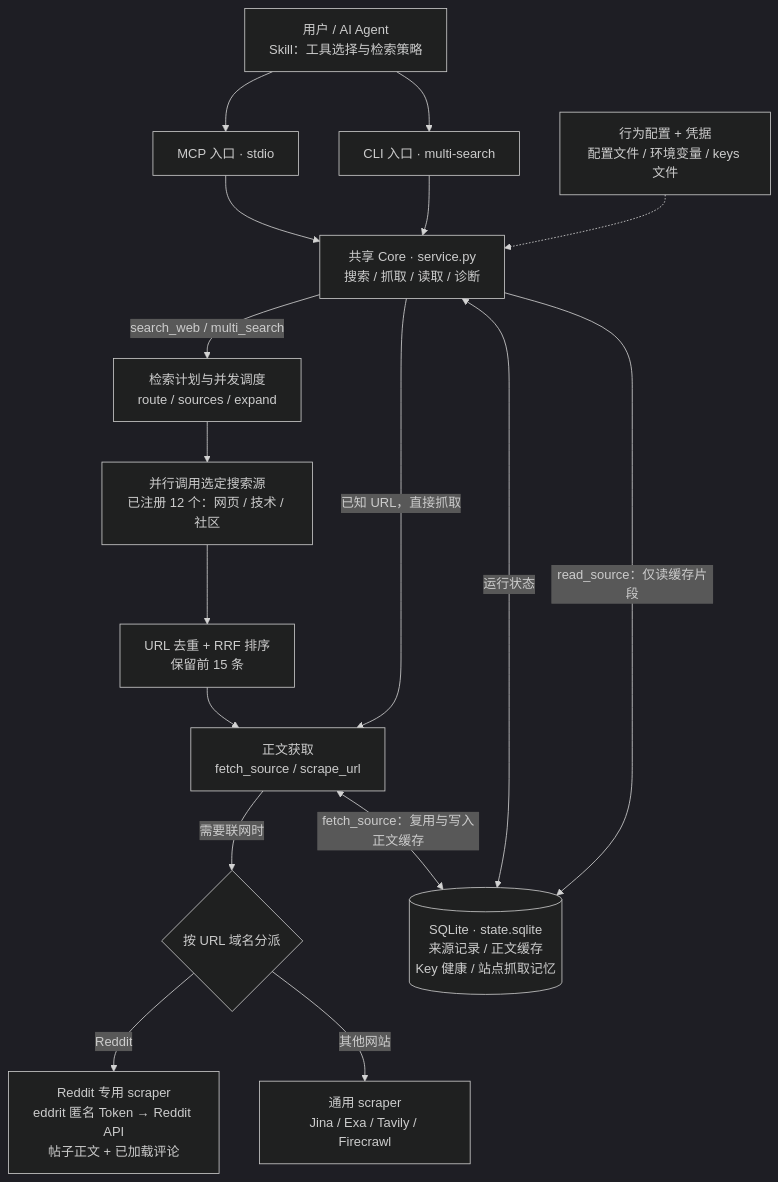
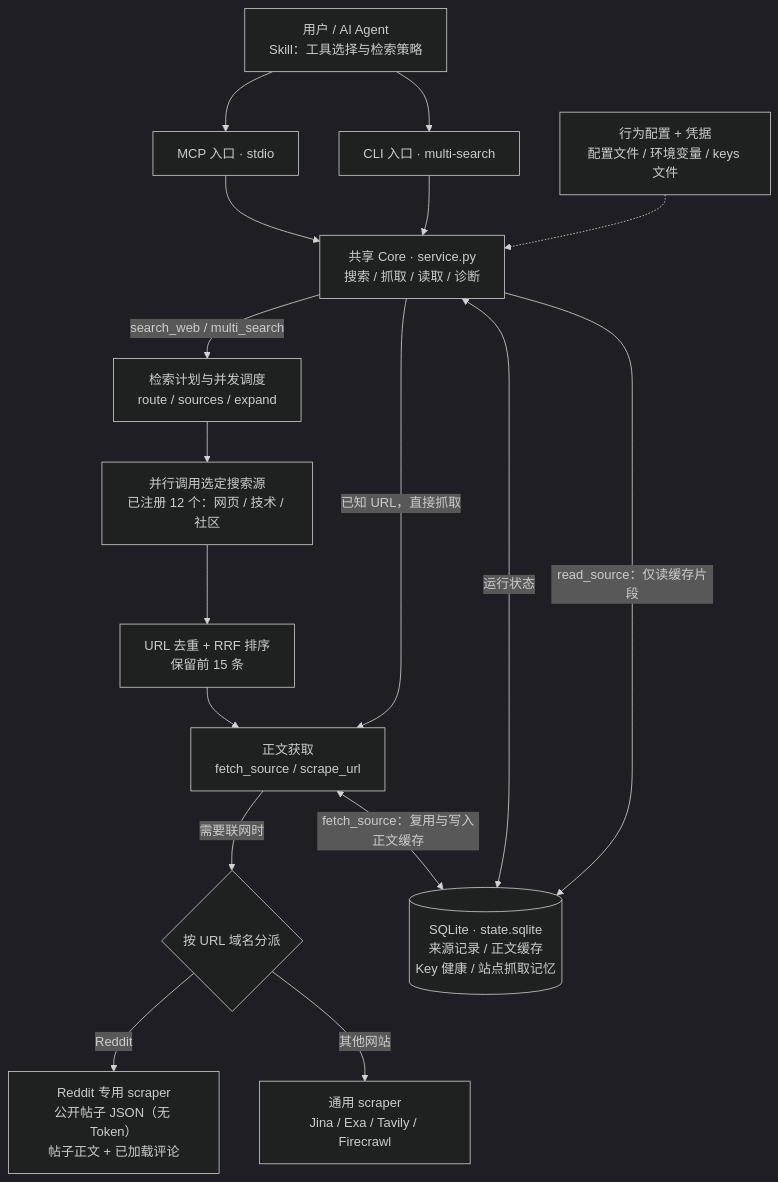
The diagram in docs/architecture-simple.md (inorilzy/multi-search-skill), drawn with Mermaid (dark theme) before and after one commit. The commit also changed 20 other files, not shown here.

````diff
--- a/docs/architecture-simple.md
+++ b/docs/architecture-simple.md
@@ -7,24 +7,24 @@
 ```mermaid
 flowchart TB
     A["用户 / AI Agent<br/>Skill：工具选择与检索策略"]
     A --> M["MCP 入口 · stdio"]
     A --> L["CLI 入口 · multi-search"]
     M --> C["共享 Core · service.py<br/>搜索 / 抓取 / 读取 / 诊断"]
     L --> C
 
     CFG["行为配置 + 凭据<br/>配置文件 / 环境变量 / keys 文件"] -.-> C
     C -->|search_web / multi_search| S["检索计划与并发调度<br/>route / sources / expand"]
     S --> P["并行调用选定搜索源<br/>已注册 12 个：网页 / 技术 / 社区"]
     P --> R["URL 去重 + RRF 排序<br/>保留前 15 条"]
     R --> F["正文获取<br/>fetch_source / scrape_url"]
     C -->|已知 URL，直接抓取| F
 
     F -->|需要联网时| D{"按 URL 域名分派"}
-    D -->|Reddit| RE["Reddit 专用 scraper<br/>eddrit 匿名 Token → Reddit API<br/>帖子正文 + 已加载评论"]
+    D -->|Reddit| RE["Reddit 专用 scraper<br/>公开帖子 JSON（无 Token）<br/>帖子正文 + 已加载评论"]
     D -->|其他网站| G["通用 scraper<br/>Jina / Exa / Tavily / Firecrawl"]
 
     DB[("SQLite · state.sqlite<br/>来源记录 / 正文缓存<br/>Key 健康 / 站点抓取记忆")]
     C <-->|运行状态| DB
     C -->|read_source：仅读缓存片段| DB
     F <-->|fetch_source：复用与写入正文缓存| DB
 ```
````
